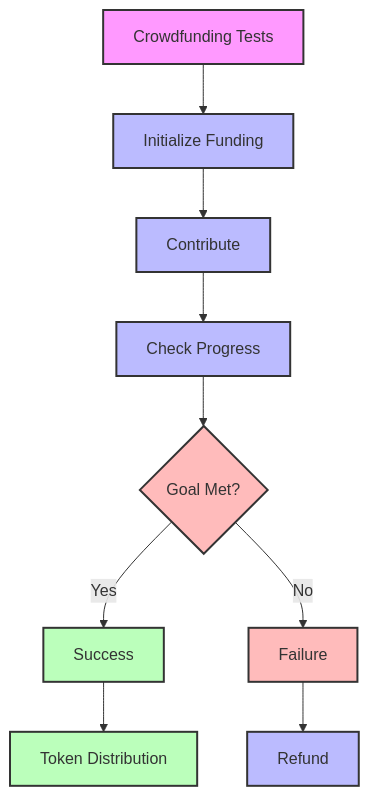
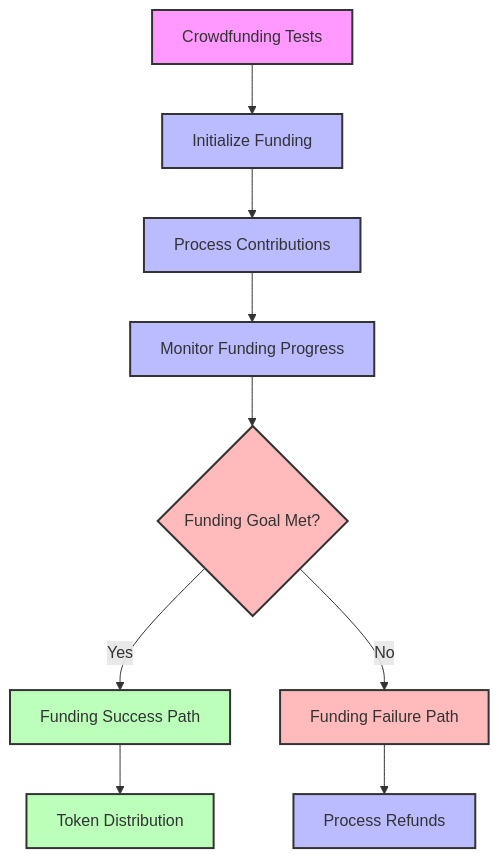
The third of 5 diagrams in packages/foundry/test/test-workflow.md (Buidl-Land/DappFlow), drawn with Mermaid before and after one commit. The commit also changed other lines of this file and 22 other files, not shown here.

First line of the commit message:
Refactor project structure and enhance Diamond contract architecture

````diff
--- a/packages/foundry/test/test-workflow.md
+++ b/packages/foundry/test/test-workflow.md
@@ -41,21 +43,21 @@
 ```mermaid
 graph TD
     A[Crowdfunding Tests] --> B[Initialize Funding]
-    B --> C[Contribute]
-    C --> D[Check Progress]
-    D --> E{Goal Met?}
-    E -->|Yes| F[Success]
-    E -->|No| G[Failure]
-    G --> H[Refund]
+    B --> C[Process Contributions]
+    C --> D[Monitor Funding Progress]
+    D --> E{Funding Goal Met?}
+    E -->|Yes| F[Funding Success Path]
+    E -->|No| G[Funding Failure Path]
+    G --> H[Process Refunds]
     F --> I[Token Distribution]
 
     style A fill:#f9f,stroke:#333,stroke-width:2px
     style B fill:#bbf,stroke:#333,stroke-width:2px
     style C fill:#bbf,stroke:#333,stroke-width:2px
     style D fill:#bbf,stroke:#333,stroke-width:2px
     style E fill:#fbb,stroke:#333,stroke-width:2px
     style F fill:#bfb,stroke:#333,stroke-width:2px
     style G fill:#fbb,stroke:#333,stroke-width:2px
     style H fill:#bbf,stroke:#333,stroke-width:2px
     style I fill:#bfb,stroke:#333,stroke-width:2px
 ```
````
